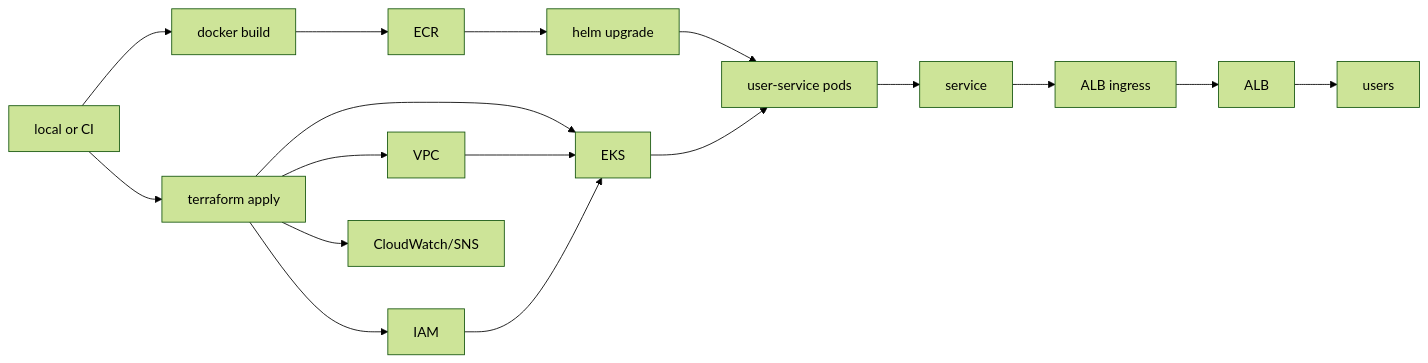
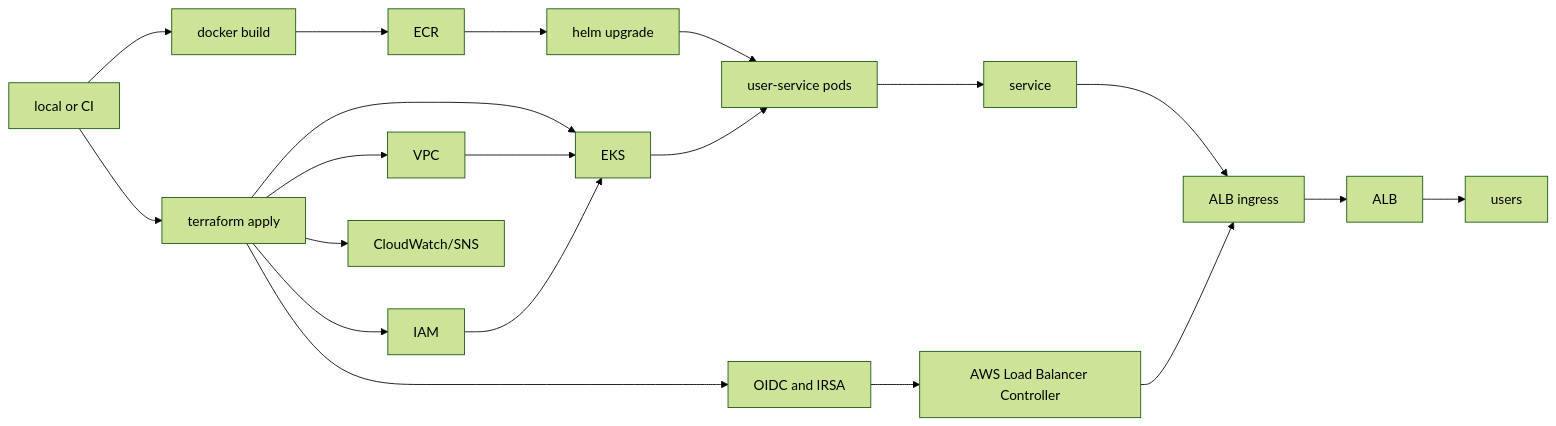
The diagram in README.md (sashank1064/cloud-native-ci-cd), drawn with Mermaid (forest theme) before and after one commit. The commit also changed other lines of this file and 13 other files, not shown here.

Commit message:
Add EKS access and load balancer controller setup

````diff
--- a/README.md
+++ b/README.md
@@ -19,22 +21,25 @@
 ```mermaid
 flowchart LR
     Dev[local or CI] --> Build[docker build]
     Build --> ECR[ECR]
 
     Dev --> TF[terraform apply]
     TF --> VPC[VPC]
     TF --> EKS[EKS]
     TF --> IAM[IAM]
+    TF --> IRSA[OIDC and IRSA]
     TF --> Alerts[CloudWatch/SNS]
 
     ECR --> Helm[helm upgrade]
+    IRSA --> LBC[AWS Load Balancer Controller]
     Helm --> Pods[user-service pods]
     Pods --> Svc[service]
     Svc --> Ing[ALB ingress]
+    LBC --> Ing
     Ing --> ALB[ALB]
     ALB --> Users[users]
 
     VPC --> EKS
     IAM --> EKS
     EKS --> Pods
 ```
````
